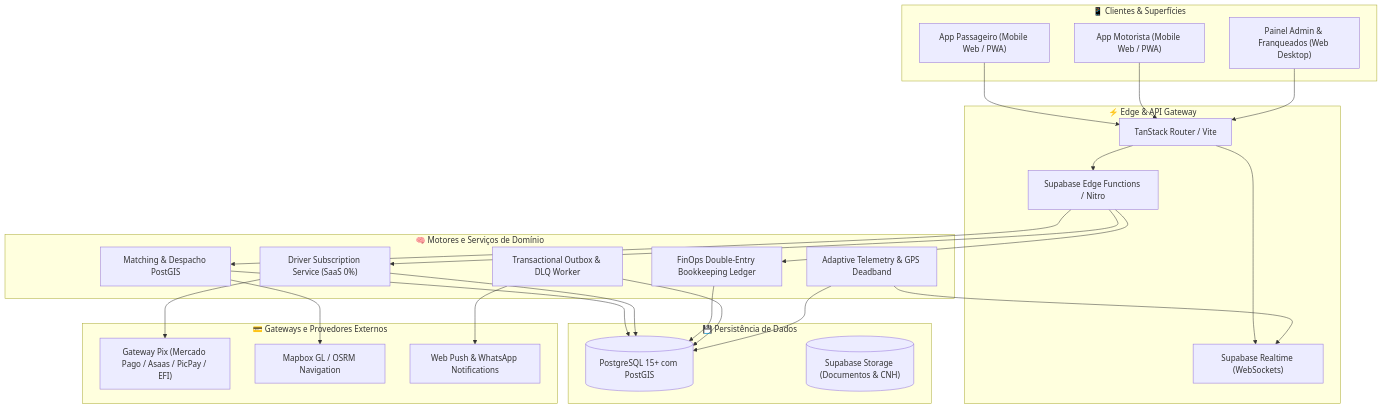
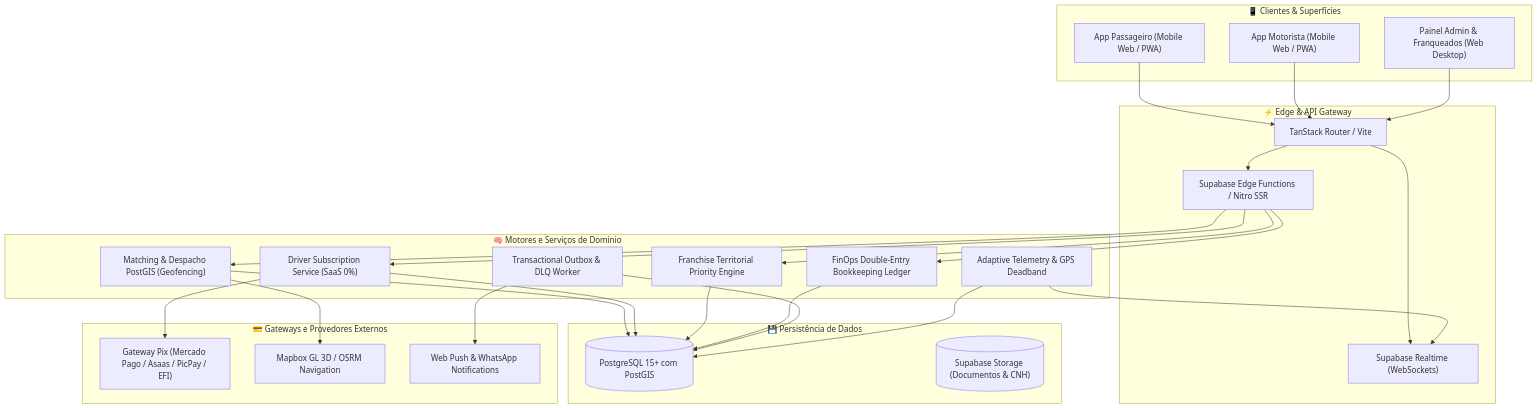
Before and after one commit to RG-Thec/Partiu: the diagram in documentacao/README.md, drawn with Mermaid. The commit also changed other lines of this file and 18 other files, not shown here.

````diff
--- a/documentacao/README.md
+++ b/documentacao/README.md
@@ -41,55 +42,58 @@
 ```mermaid
 flowchart TD
     subgraph Clientes ["📱 Clientes & Superfícies"]
         AppPassageiro["App Passageiro (Mobile Web / PWA)"]
         AppMotorista["App Motorista (Mobile Web / PWA)"]
         PainelAdmin["Painel Admin & Franqueados (Web Desktop)"]
     end
 
     subgraph CamadaEdge ["⚡ Edge & API Gateway"]
         TanStackRouter["TanStack Router / Vite"]
-        EdgeFunctions["Supabase Edge Functions / Nitro"]
+        EdgeFunctions["Supabase Edge Functions / Nitro SSR"]
         RealtimeGW["Supabase Realtime (WebSockets)"]
     end
 
     subgraph CoreServices ["🧠 Motores e Serviços de Domínio"]
-        MatchingEngine["Matching & Despacho PostGIS"]
+        MatchingEngine["Matching & Despacho PostGIS (Geofencing)"]
         DriverSubService["Driver Subscription Service (SaaS 0%)"]
+        FranchiseEngine["Franchise Territorial Priority Engine"]
         FinOpsLedger["FinOps Double-Entry Bookkeeping Ledger"]
         OutboxEngine["Transactional Outbox & DLQ Worker"]
         TelemetryManager["Adaptive Telemetry & GPS Deadband"]
     end
 
     subgraph GatewaysExternos ["💳 Gateways e Provedores Externos"]
         PixGateway["Gateway Pix (Mercado Pago / Asaas / PicPay / EFI)"]
-        MapboxAPI["Mapbox GL / OSRM Navigation"]
+        MapboxAPI["Mapbox GL 3D / OSRM Navigation"]
         PushService["Web Push & WhatsApp Notifications"]
     end
 
     subgraph Persistencia ["💾 Persistência de Dados"]
         PostgresDB[("PostgreSQL 15+ com PostGIS")]
         StorageBucket[("Supabase Storage (Documentos & CNH)")]
     end
 
     AppPassageiro --> TanStackRouter
     AppMotorista --> TanStackRouter
     PainelAdmin --> TanStackRouter
 
     TanStackRouter --> EdgeFunctions
     TanStackRouter --> RealtimeGW
 
     EdgeFunctions --> MatchingEngine
     EdgeFunctions --> DriverSubService
+    EdgeFunctions --> FranchiseEngine
     EdgeFunctions --> FinOpsLedger
 
     MatchingEngine --> PostgresDB
     DriverSubService --> PostgresDB
+    FranchiseEngine --> PostgresDB
     FinOpsLedger --> PostgresDB
     OutboxEngine --> PostgresDB
 
     DriverSubService --> PixGateway
     MatchingEngine --> MapboxAPI
     OutboxEngine --> PushService
     TelemetryManager --> RealtimeGW
     TelemetryManager --> PostgresDB
 ```
````
